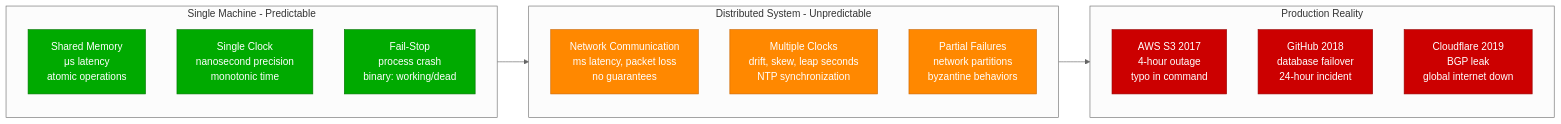
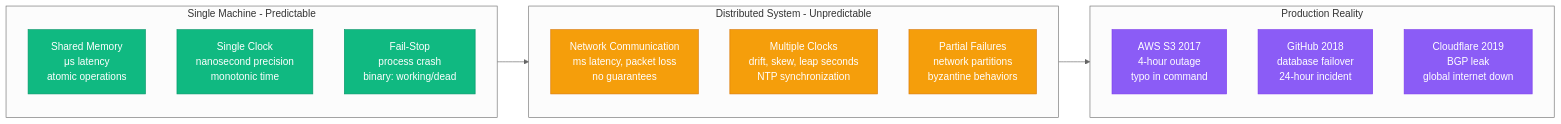
Before and after one commit to deepaucksharma/DS: the first of 3 diagrams in site/docs/getting-started/concepts.md, drawn with Mermaid (neutral theme). The commit also changed other lines of this file and 303 other files, not shown here.

````diff
--- a/site/docs/getting-started/concepts.md
+++ b/site/docs/getting-started/concepts.md
@@ -11,31 +11,31 @@
 ```mermaid
 flowchart LR
     subgraph SingleMachine["Single Machine - Predictable"]
         SM_MEM["Shared Memory<br/>μs latency<br/>atomic operations"]
         SM_CLOCK["Single Clock<br/>nanosecond precision<br/>monotonic time"]
         SM_FAIL["Fail-Stop<br/>process crash<br/>binary: working/dead"]
     end
 
     subgraph Distributed["Distributed System - Unpredictable"]
         DS_NET["Network Communication<br/>ms latency, packet loss<br/>no guarantees"]
         DS_CLOCK["Multiple Clocks<br/>drift, skew, leap seconds<br/>NTP synchronization"]
         DS_FAIL["Partial Failures<br/>network partitions<br/>byzantine behaviors"]
     end
 
     subgraph ProductionReality["Production Reality"]
         PROB1["AWS S3 2017<br/>4-hour outage<br/>typo in command"]
         PROB2["GitHub 2018<br/>database failover<br/>24-hour incident"]
         PROB3["Cloudflare 2019<br/>BGP leak<br/>global internet down"]
     end
 
     SingleMachine --> Distributed
     Distributed --> ProductionReality
 
-    classDef singleStyle fill:#00AA00,stroke:#007700,color:#fff
-    classDef distStyle fill:#FF8800,stroke:#CC6600,color:#fff
-    classDef realityStyle fill:#CC0000,stroke:#990000,color:#fff
+    classDef singleStyle fill:#10B981,stroke:#059669,color:#fff
+    classDef distStyle fill:#F59E0B,stroke:#D97706,color:#fff
+    classDef realityStyle fill:#8B5CF6,stroke:#7C3AED,color:#fff
 
     class SM_MEM,SM_CLOCK,SM_FAIL singleStyle
     class DS_NET,DS_CLOCK,DS_FAIL distStyle
     class PROB1,PROB2,PROB3 realityStyle
 ```
````
